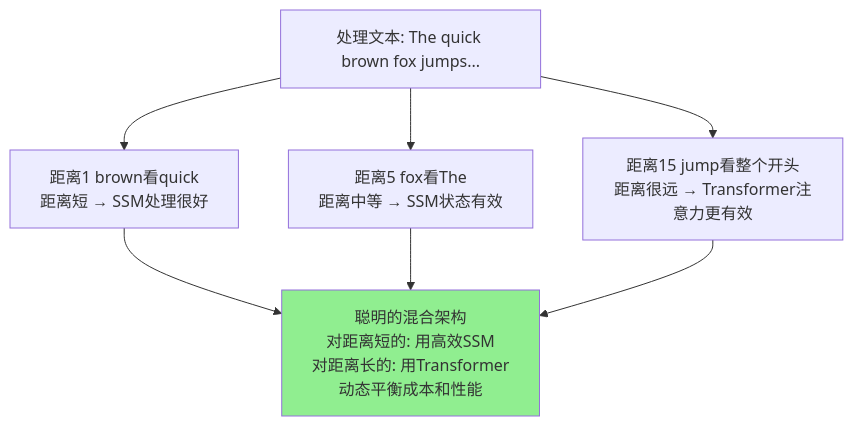
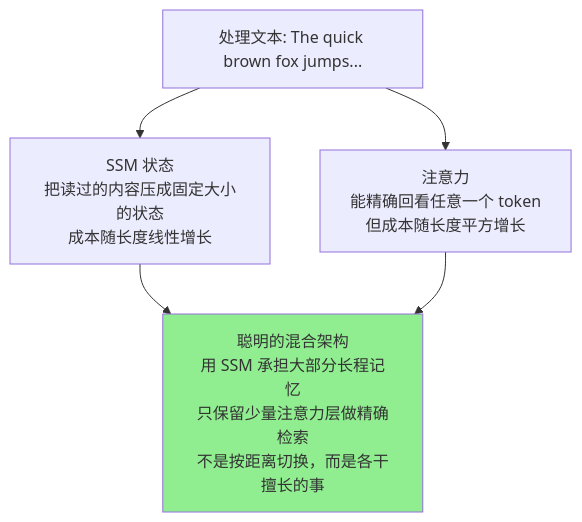
The third of 3 diagrams in 08_new_architectures/8.3_hybrid_architectures.md (yeasy/ai_beginner_guide), drawn with Mermaid before and after one commit. The commit also changed other lines of this file and 1 other file, not shown here.

````diff
--- a/08_new_architectures/8.3_hybrid_architectures.md
+++ b/08_new_architectures/8.3_hybrid_architectures.md
@@ -210,15 +212,14 @@
 ```mermaid
 graph TD
     A["处理文本: The quick brown fox jumps..."]
 
-    B["距离1 brown看quick<br/>距离短 → SSM处理很好"]
-    C["距离5 fox看The<br/>距离中等 → SSM状态有效"]
-    D["距离15 jump看整个开头<br/>距离很远 → Transformer注意力更有效"]
+    B["SSM 状态<br/>把读过的内容压成固定大小的状态<br/>成本随长度线性增长"]
+    C["注意力<br/>能精确回看任意一个 token<br/>但成本随长度平方增长"]
 
-    E["聪明的混合架构<br/>对距离短的: 用高效SSM<br/>对距离长的: 用Transformer<br/>动态平衡成本和性能"]
+    E["聪明的混合架构<br/>用 SSM 承担大部分长程记忆<br/>只保留少量注意力层做精确检索<br/>不是按距离切换，而是各干擅长的事"]
 
-    A --> B & C & D
-    B & C & D --> E
+    A --> B & C
+    B & C --> E
 
     style E fill:#90EE90
 ```
````
